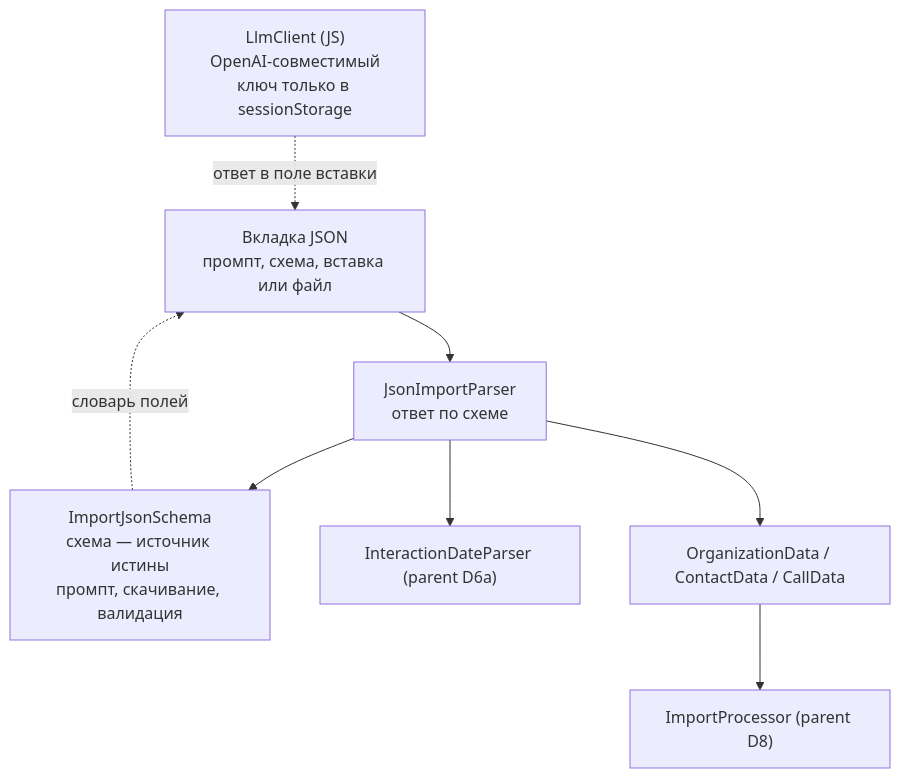
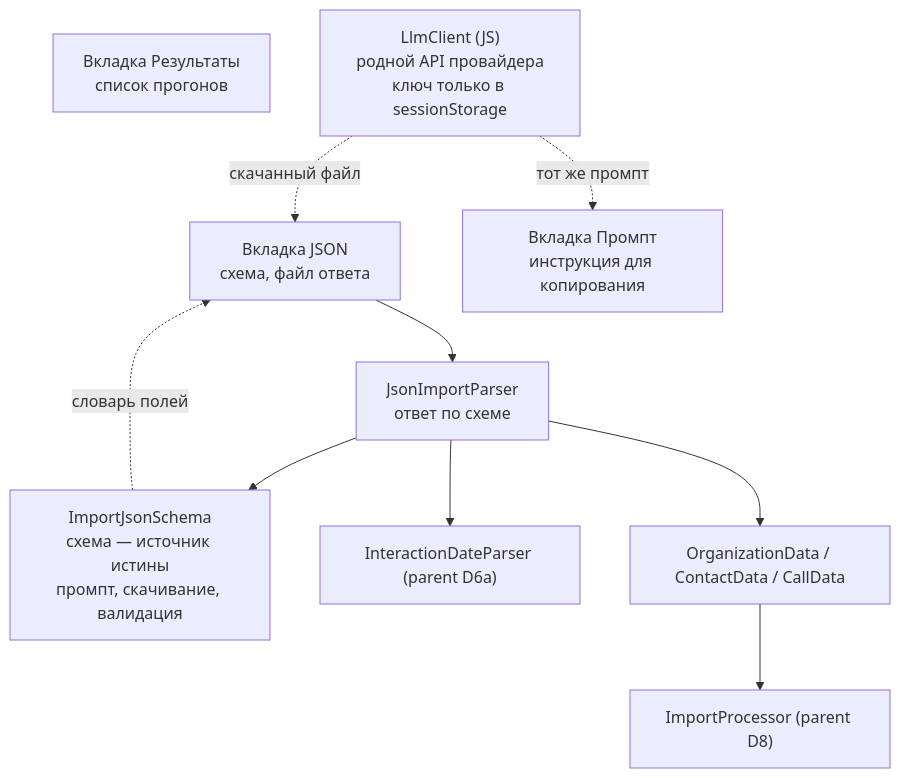
The first of 3 diagrams in openspec/changes/add-organizations-json-import/design.md (AliakseiBurak/crm-one), drawn with Mermaid before and after one commit. The commit also changed other lines of this file and 4 other files, not shown here.

````diff
--- a/openspec/changes/add-organizations-json-import/design.md
+++ b/openspec/changes/add-organizations-json-import/design.md
@@ -74,18 +79,21 @@
 ```mermaid
 flowchart TB
-    JSONTab["Вкладка JSON<br/>промпт, схема, вставка или файл"]
-    LLMJS["LlmClient (JS)<br/>OpenAI-совместимый<br/>ключ только в sessionStorage"]
+    RTab["Вкладка Результаты<br/>список прогонов"]
+    JSONTab["Вкладка JSON<br/>схема, файл ответа"]
+    PRTab["Вкладка Промпт<br/>инструкция для копирования"]
+    LLMJS["LlmClient (JS)<br/>родной API провайдера<br/>ключ только в sessionStorage"]
     JP["JsonImportParser<br/>ответ по схеме"]
     SCH["ImportJsonSchema<br/>схема — источник истины<br/>промпт, скачивание, валидация"]
     Dates["InteractionDateParser (parent D6a)"]
     DTO["OrganizationData / ContactData / CallData"]
     Proc["ImportProcessor (parent D8)"]
 
-    LLMJS -. ответ в поле вставки .-> JSONTab
+    LLMJS -. скачанный файл .-> JSONTab
+    LLMJS -. тот же промпт .-> PRTab
     JSONTab --> JP
     JP --> SCH
     JP --> Dates
     JP --> DTO
     SCH -. словарь полей .-> JSONTab
     DTO --> Proc
 ```
````
